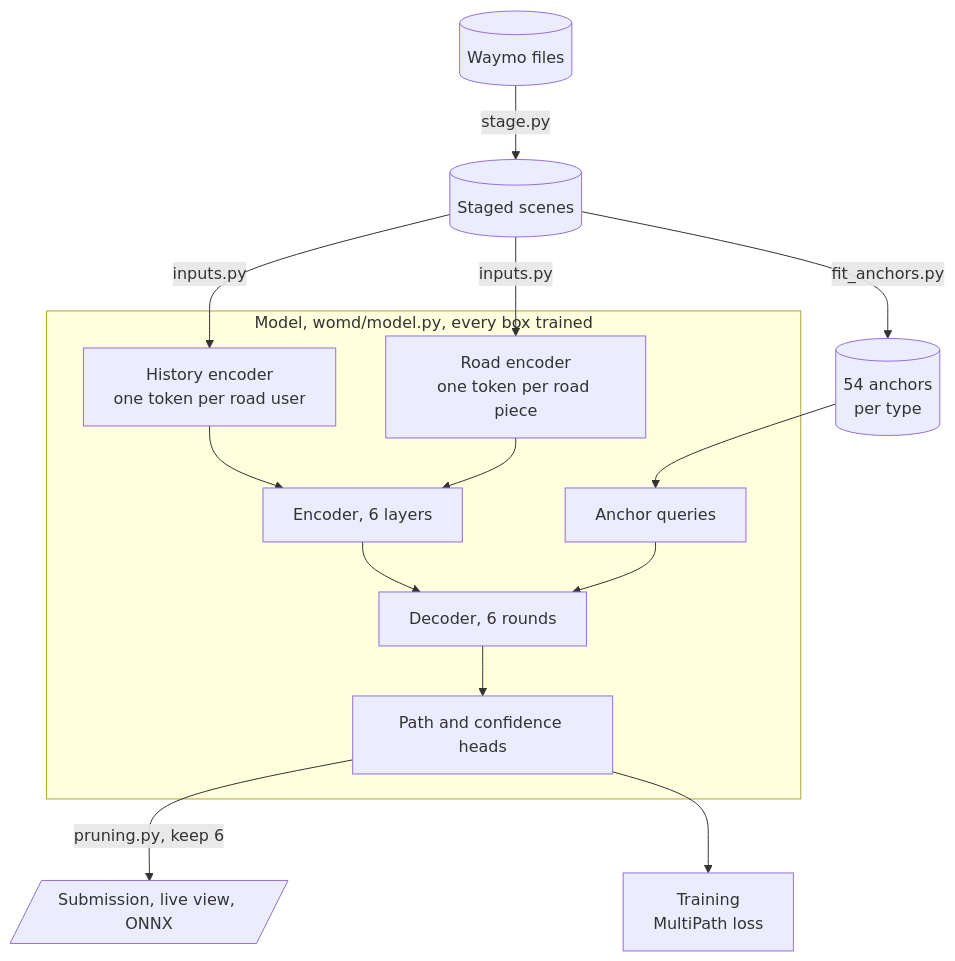
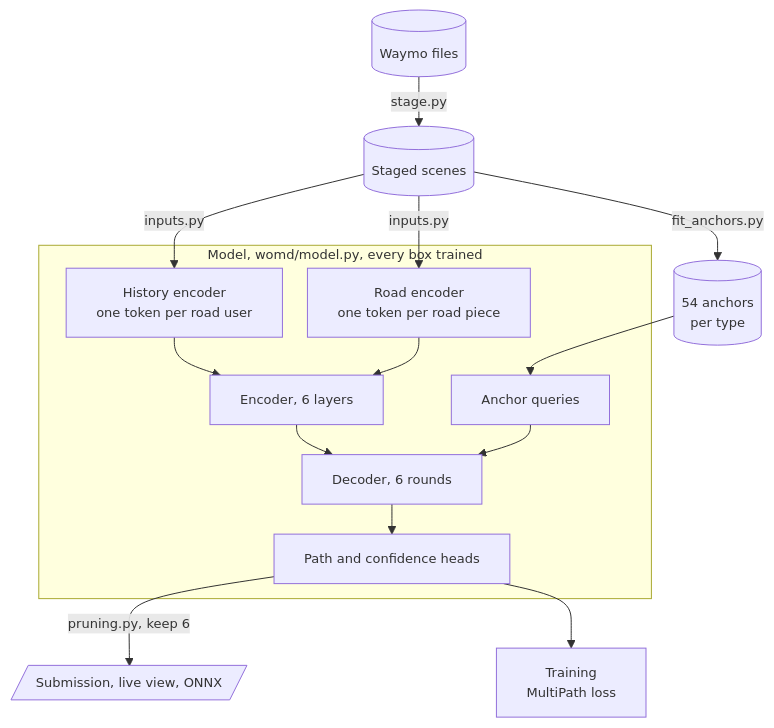
Before and after one commit to Scott-Grew/MotionNet-avPrediction: the diagram in README.md, drawn with Mermaid.

Commit message:
tighten the chart's spacing and font

````diff
--- a/README.md
+++ b/README.md
@@ -61,19 +61,20 @@
 ```mermaid
+%%{init: {"flowchart": {"nodeSpacing": 25, "rankSpacing": 30}, "themeVariables": {"fontSize": "13px"}}}%%
 flowchart TD
     RAW[("Waymo files")] -->|stage.py| STAGED[("Staged scenes")]
     STAGED -->|fit_anchors.py| ANCHORS[("54 anchors<br/>per type")]
     subgraph MODEL["Model, womd/model.py, every box trained"]
         AGENTS["History encoder<br/>one token per road user"]
         ROAD["Road encoder<br/>one token per road piece"]
         ENCODER["Encoder, 6 layers"]
         QUERY["Anchor queries"]
         DECODER["Decoder, 6 rounds"]
         HEADS["Path and confidence heads"]
         AGENTS & ROAD --> ENCODER --> DECODER
         QUERY --> DECODER --> HEADS
     end
     STAGED -->|inputs.py| AGENTS & ROAD
     ANCHORS --> QUERY
     HEADS -->|pruning.py, keep 6| OUT[/"Submission, live view, ONNX"/]
     HEADS --> LOSS["Training<br/>MultiPath loss"]
 ```
````
